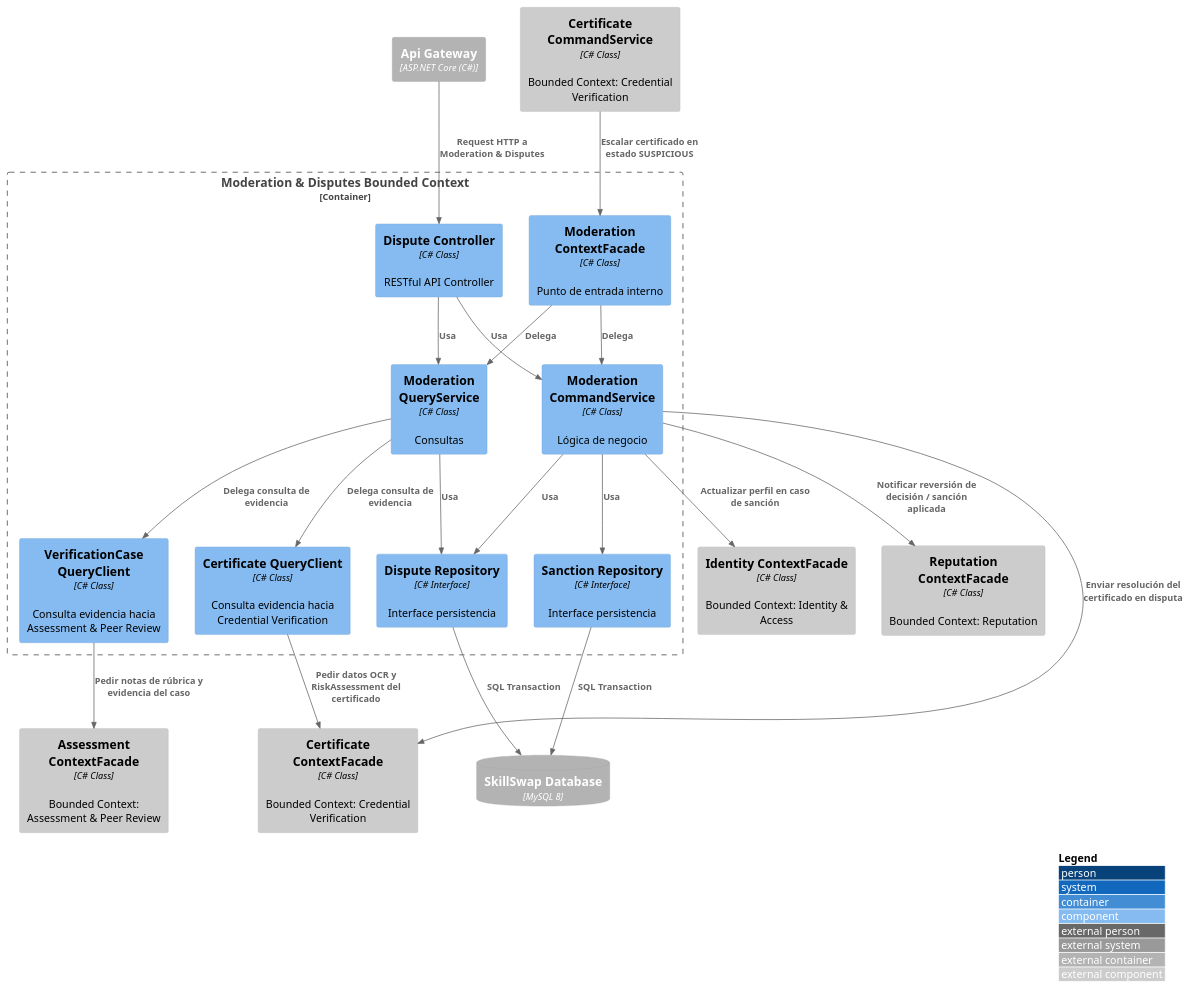
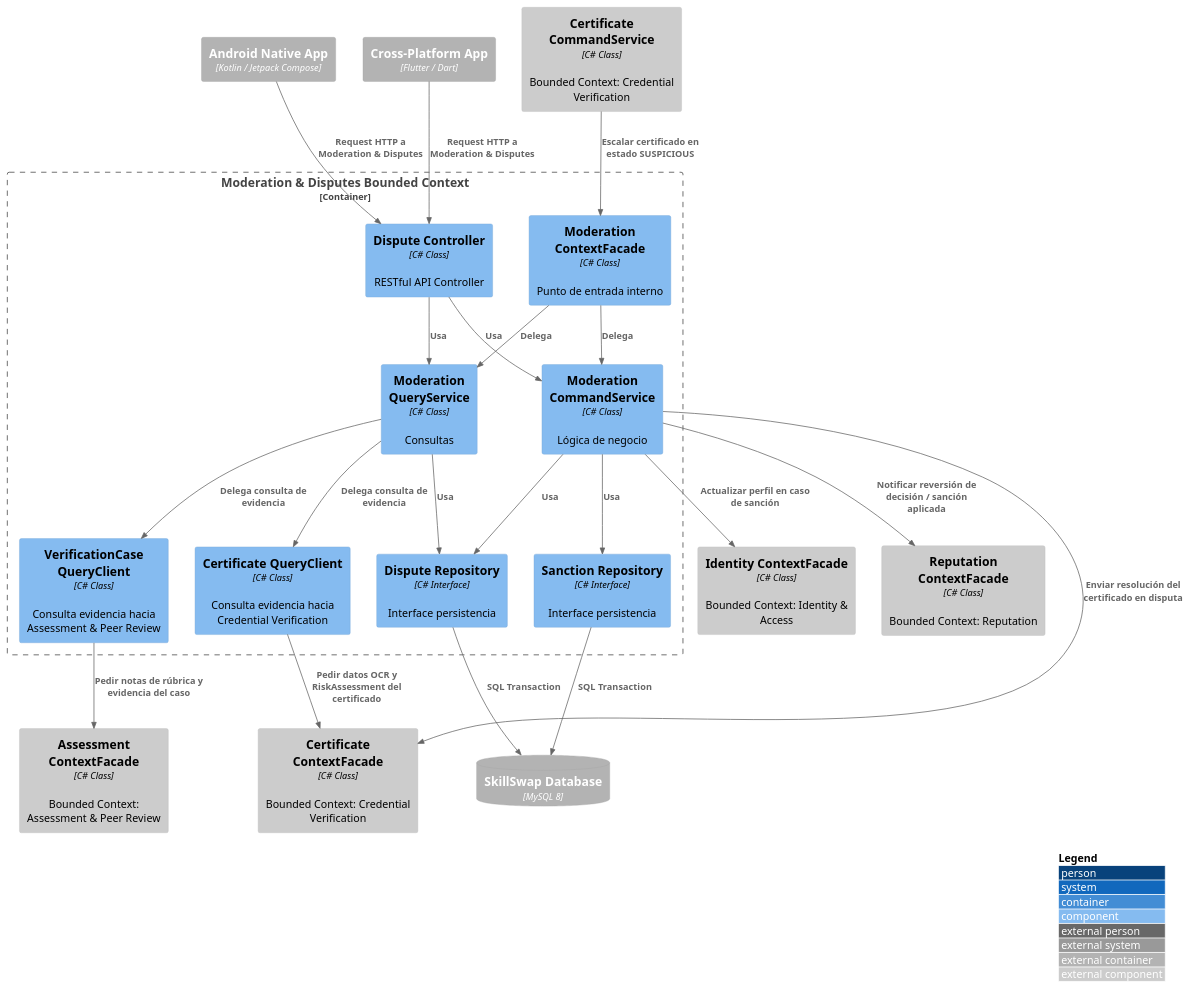
Before and after one commit to Aplicaciones-Dispositivos-Moviles/SkillSwap-ProjectReport: the diagram in DB&C4/Component Diagram — Moderation & Disputes.puml, drawn with PlantUML. The commit also changed 20 other files, not shown here.

Commit message:
docs: modify C4 architecture diagrams per professor request

```diff
--- a/DB&C4/Component Diagram — Moderation & Disputes.puml
+++ b/DB&C4/Component Diagram — Moderation & Disputes.puml
@@ -1,50 +1,53 @@
 @startuml ModerationDisputesComponent
 !include https://raw.githubusercontent.com/plantuml-stdlib/C4-PlantUML/master/C4_Component.puml
 
 LAYOUT_WITH_LEGEND()
 
-Container_Ext(apiGateway, "Api Gateway", "ASP.NET Core (C#)")
+Container_Ext(androidApp, "Android Native App", "Kotlin / Jetpack Compose")
+Container_Ext(flutterApp, "Cross-Platform App", "Flutter / Dart")
 ContainerDb_Ext(mainDB, "SkillSwap Database", "MySQL 8")
 
 Container_Boundary(moderationBC, "Moderation & Disputes Bounded Context") {
     Component(disputeController, "Dispute Controller", "C# Class", "RESTful API Controller")
     Component(moderationCommandService, "Moderation CommandService", "C# Class", "Lógica de negocio")
     Component(moderationQueryService, "Moderation QueryService", "C# Class", "Consultas")
     Component(disputeRepository, "Dispute Repository", "C# Interface", "Interface persistencia")
     Component(sanctionRepository, "Sanction Repository", "C# Interface", "Interface persistencia")
     Component(certificateQueryClient, "Certificate QueryClient", "C# Class", "Consulta evidencia hacia Credential Verification")
     Component(verificationCaseQueryClient, "VerificationCase QueryClient", "C# Class", "Consulta evidencia hacia Assessment & Peer Review")
     Component(moderationContextFacade, "Moderation ContextFacade", "C# Class", "Punto de entrada interno")
 }
 
 Component_Ext(identityContextFacade, "Identity ContextFacade", "C# Class", "Bounded Context: Identity & Access")
 Component_Ext(reputationContextFacade, "Reputation ContextFacade", "C# Class", "Bounded Context: Reputation")
 Component_Ext(credentialContextFacade, "Certificate ContextFacade", "C# Class", "Bounded Context: Credential Verification")
 Component_Ext(credentialCommandService, "Certificate CommandService", "C# Class", "Bounded Context: Credential Verification")
 Component_Ext(assessmentContextFacade, "Assessment ContextFacade", "C# Class", "Bounded Context: Assessment & Peer Review")
 
-Rel(apiGateway, disputeController, "Request HTTP a Moderation & Disputes")
+Rel(androidApp, disputeController, "Request HTTP a Moderation & Disputes")
+Rel(flutterApp, disputeController, "Request HTTP a Moderation & Disputes")
+
 Rel(disputeController, moderationCommandService, "Usa")
 Rel(disputeController, moderationQueryService, "Usa")
 Rel(moderationCommandService, disputeRepository, "Usa")
 Rel(moderationCommandService, sanctionRepository, "Usa")
 Rel(moderationQueryService, disputeRepository, "Usa")
 Rel(disputeRepository, mainDB, "SQL Transaction")
 Rel(sanctionRepository, mainDB, "SQL Transaction")
 
 Rel(moderationQueryService, certificateQueryClient, "Delega consulta de evidencia")
 Rel(certificateQueryClient, credentialContextFacade, "Pedir datos OCR y RiskAssessment del certificado")
 
 Rel(moderationQueryService, verificationCaseQueryClient, "Delega consulta de evidencia")
 Rel(verificationCaseQueryClient, assessmentContextFacade, "Pedir notas de rúbrica y evidencia del caso")
 
 Rel(moderationCommandService, identityContextFacade, "Actualizar perfil en caso de sanción")
 Rel(moderationCommandService, reputationContextFacade, "Notificar reversión de decisión / sanción aplicada")
 Rel(moderationCommandService, credentialContextFacade, "Enviar resolución del certificado en disputa")
 
 Rel(moderationContextFacade, moderationCommandService, "Delega")
 Rel(moderationContextFacade, moderationQueryService, "Delega")
 
 Rel(credentialCommandService, moderationContextFacade, "Escalar certificado en estado SUSPICIOUS")
 
 @enduml
```
